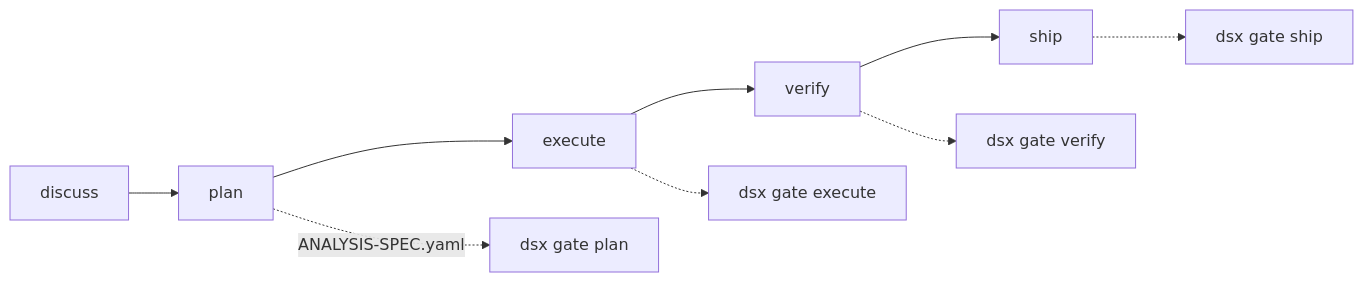
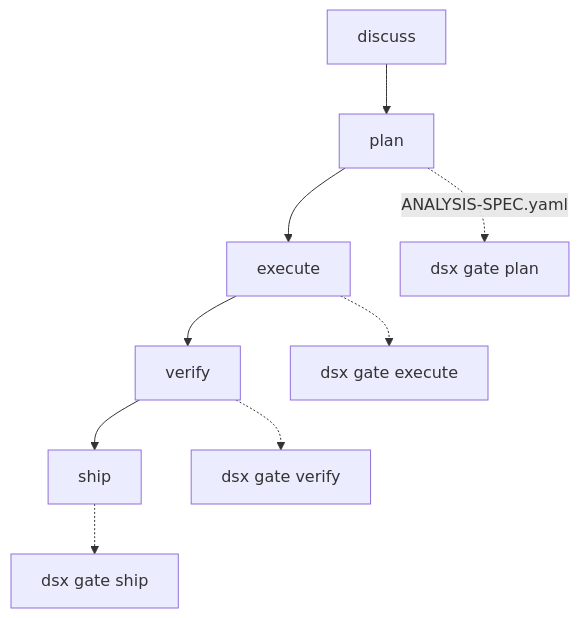
The diagram in README.md (RafaelBraga-Kribitz/DSX), drawn with Mermaid before and after one commit.

Commit message:
README: render the architecture diagram top-down so it fits GitHub's column
GitHub renders a Mermaid block in a fixed-width box inside the README column: 783px at
a 1240px viewport, 838px at its widest, 309px on a phone. A wider graph is not clipped,
it is shrunk, and the node labels shrink with it.

Measured with Mermaid 11 at 783px: this diagram is 1267px in LR (scale 0.62) and 541px in
TD (full size). Direction is the only change — no node, edge, label or link is touched.

TD is not universally narrower: it runs the flow vertically but lays sibling subgraphs
out side by side, so a graph with several parallel subgraphs can be wider in TD than in
LR. This one was measured both ways.

````diff
--- a/README.md
+++ b/README.md
@@ -17,8 +17,8 @@
 ```mermaid
-flowchart LR
+flowchart TD
     discuss --> plan --> execute --> verify --> ship
     plan -.->|"ANALYSIS-SPEC.yaml"| GP["dsx gate plan"]
     execute -.-> GE["dsx gate execute"]
     verify -.-> GV["dsx gate verify"]
     ship -.-> GS["dsx gate ship"]
 ```
````
